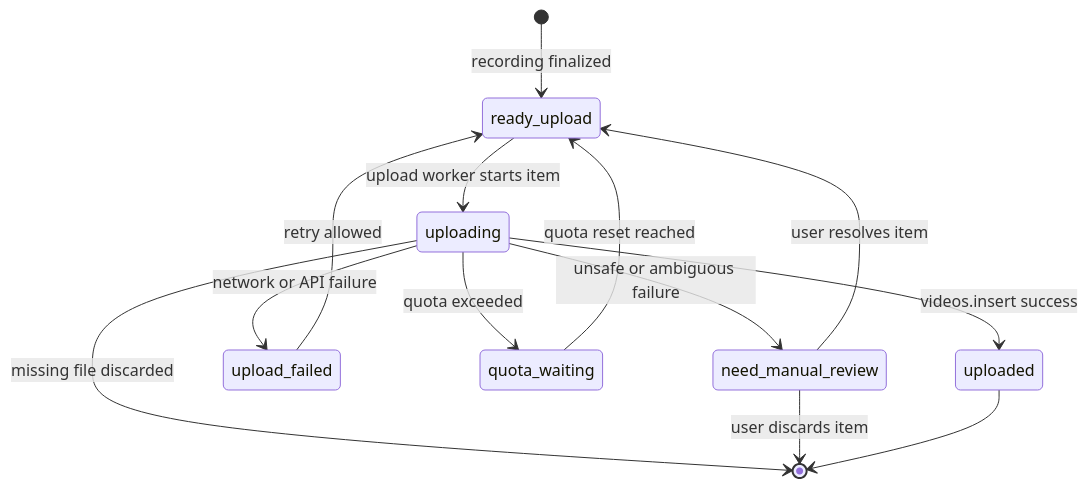
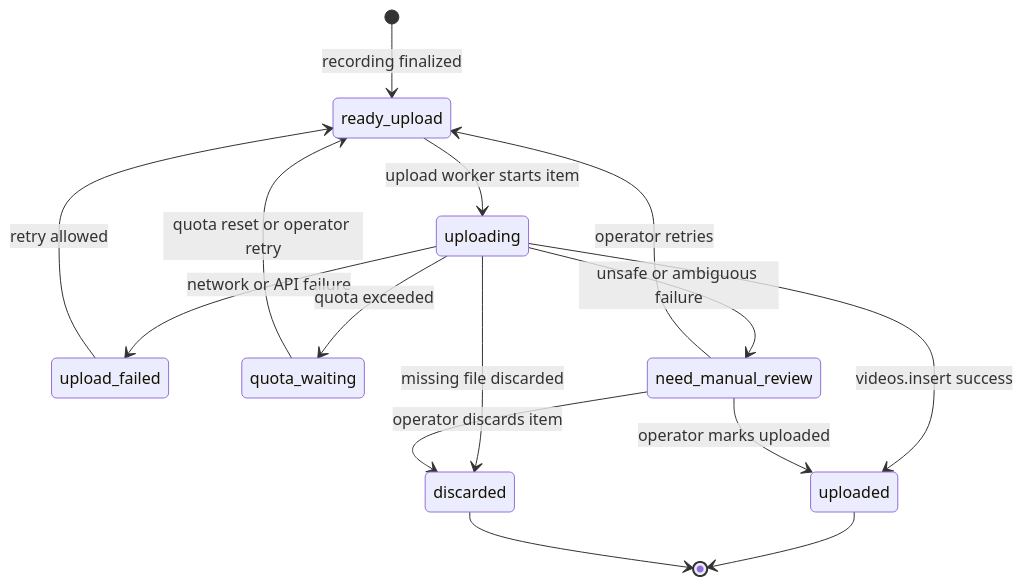
Before and after one commit to Tao-pyth/obs-duel-recorder: the diagram in docs/architecture/queue.md, drawn with Mermaid. The commit also changed other lines of this file and 19 other files, not shown here.

````diff
--- a/docs/architecture/queue.md
+++ b/docs/architecture/queue.md
@@ -16,17 +18,19 @@
 ```mermaid
 stateDiagram-v2
     [*] --> ready_upload: recording finalized
 
     ready_upload --> uploading: upload worker starts item
     uploading --> uploaded: videos.insert success
     uploading --> upload_failed: network or API failure
     uploading --> quota_waiting: quota exceeded
     uploading --> need_manual_review: unsafe or ambiguous failure
-    uploading --> [*]: missing file discarded
+    uploading --> discarded: missing file discarded
 
     upload_failed --> ready_upload: retry allowed
-    quota_waiting --> ready_upload: quota reset reached
-    need_manual_review --> ready_upload: user resolves item
-    need_manual_review --> [*]: user discards item
+    quota_waiting --> ready_upload: quota reset or operator retry
+    need_manual_review --> ready_upload: operator retries
+    need_manual_review --> uploaded: operator marks uploaded
+    need_manual_review --> discarded: operator discards item
     uploaded --> [*]
+    discarded --> [*]
 ```
````
